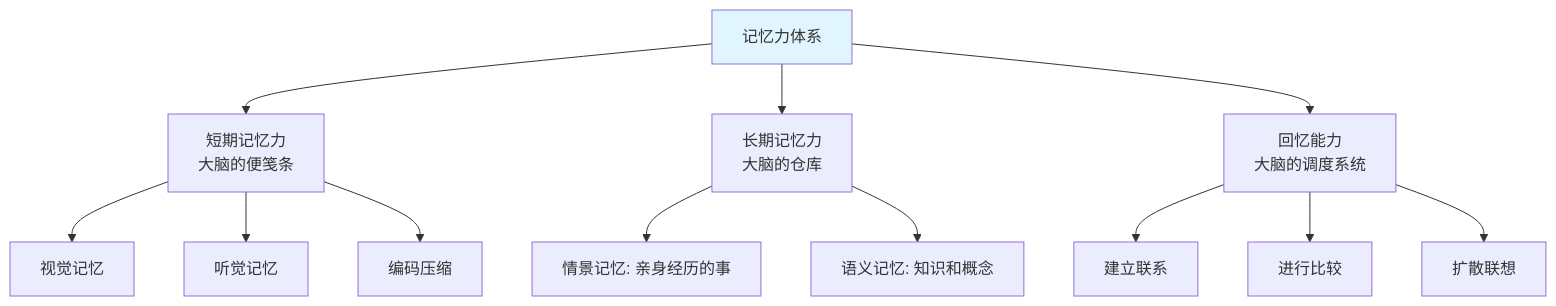
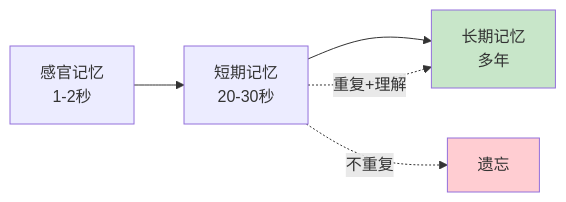
One commit to chongyang211/YCBookBlog changed the first of 7 diagrams in 10.打工充平常记录/10.自我精进七课/07.底层思维的训练/7.4记忆能力的训练.md. Above: the diagram before and after it, drawn with Mermaid. The commit also changed other lines of this file and 55 other files, not shown here.

````diff
--- a/10.打工充平常记录/10.自我精进七课/07.底层思维的训练/7.4记忆能力的训练.md
+++ b/10.打工充平常记录/10.自我精进七课/07.底层思维的训练/7.4记忆能力的训练.md
@@ -18,15 +39,9 @@
 ```mermaid
-graph TD
-    A[记忆力体系] --> B[短期记忆力<br>大脑的便笺条]
-    A --> C[长期记忆力<br>大脑的仓库]
-    A --> D[回忆能力<br>大脑的调度系统]
-    B --> B1[视觉记忆]
-    B --> B2[听觉记忆]
-    B --> B3[编码压缩]
-    C --> C1[情景记忆: 亲身经历的事]
-    C --> C2[语义记忆: 知识和概念]
-    D --> D1[建立联系]
-    D --> D2[进行比较]
-    D --> D3[扩散联想]
-    style A fill:#e1f5fe
+graph LR
+    A[感官记忆<br>1-2秒] --> B[短期记忆<br>20-30秒]
+    B --> C[长期记忆<br>多年]
+    B -.->|不重复| D[遗忘]
+    B -.->|重复+理解| C
+    style C fill:#c8e6c9
+    style D fill:#ffcdd2
 ```
````
